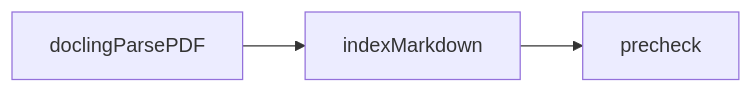
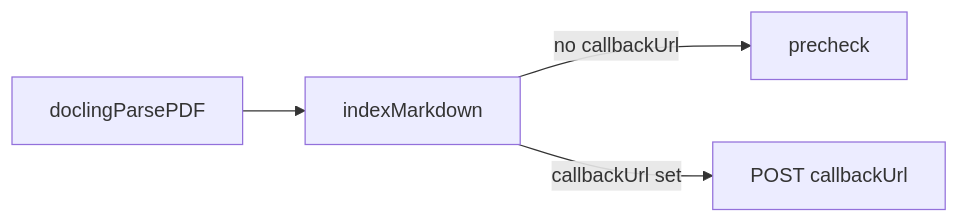
One commit to Klimatbyran/garbo changed the second of 2 diagrams in doc/pipeline.md. Above: the diagram before and after it, drawn with Mermaid. The commit also changed other lines of this file and 5 other files, not shown here.

Commit message:
implemented callback url support so garbo console can handover to games

````diff
--- a/doc/pipeline.md
+++ b/doc/pipeline.md
@@ -169,5 +172,6 @@
 ```mermaid
 flowchart LR
     B[doclingParsePDF] --> C[indexMarkdown]
-    C --> D[precheck]
+    C -->|no callbackUrl| D[precheck]
+    C -->|callbackUrl set| CB[POST callbackUrl]
 ```
````
